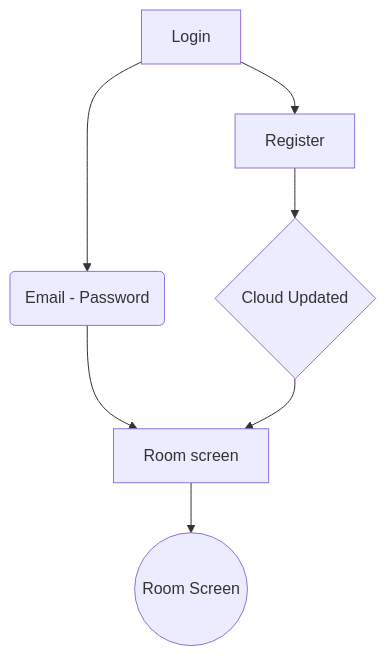
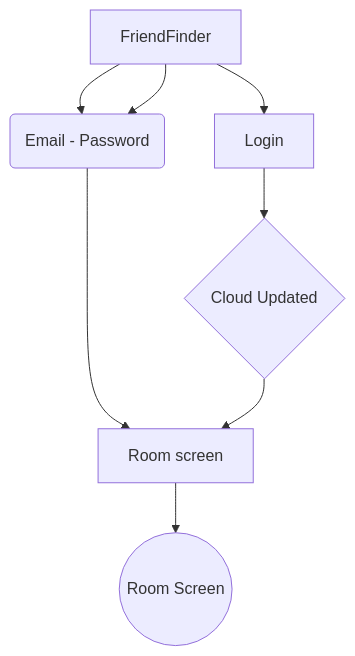
One commit to nsweatlas/mahallahfriendfinder changed the diagram in README.md. Above: the diagram before and after it, drawn with Mermaid.

````diff
--- a/README.md
+++ b/README.md
@@ -34,9 +34,10 @@
 ```mermaid
 graph
-A[Login] --> B[Register]
+A[FriendFinder] --> B[Login]
+A --> C[Register]
 A --> C(Email - Password)
 C --> D{User Authentication}
 D --> E((Room Screen))
 B --> F{Cloud Updated}
 F --> D[Room screen]
 ```
````
